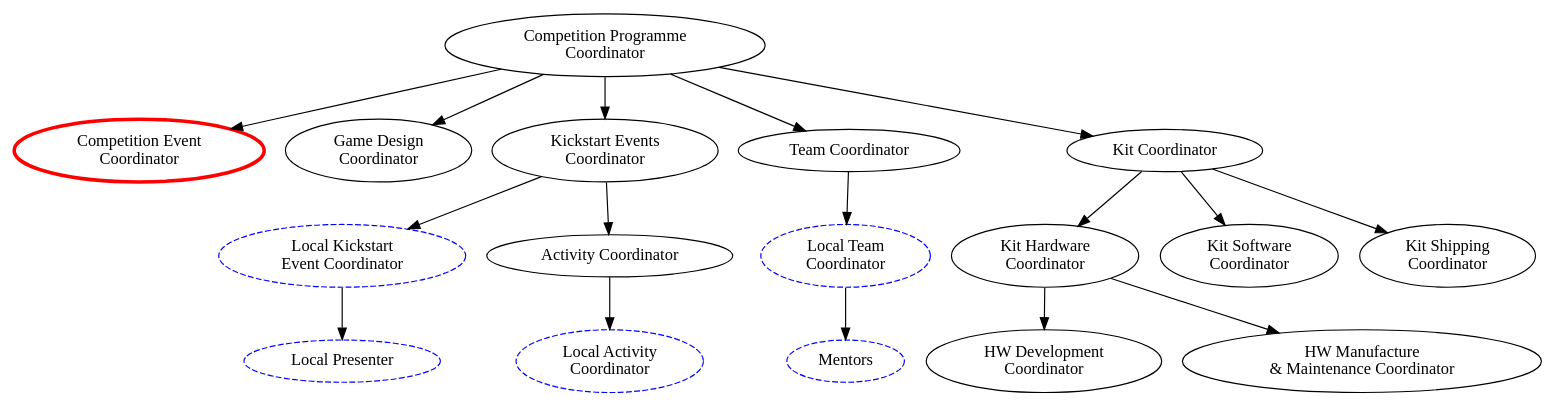
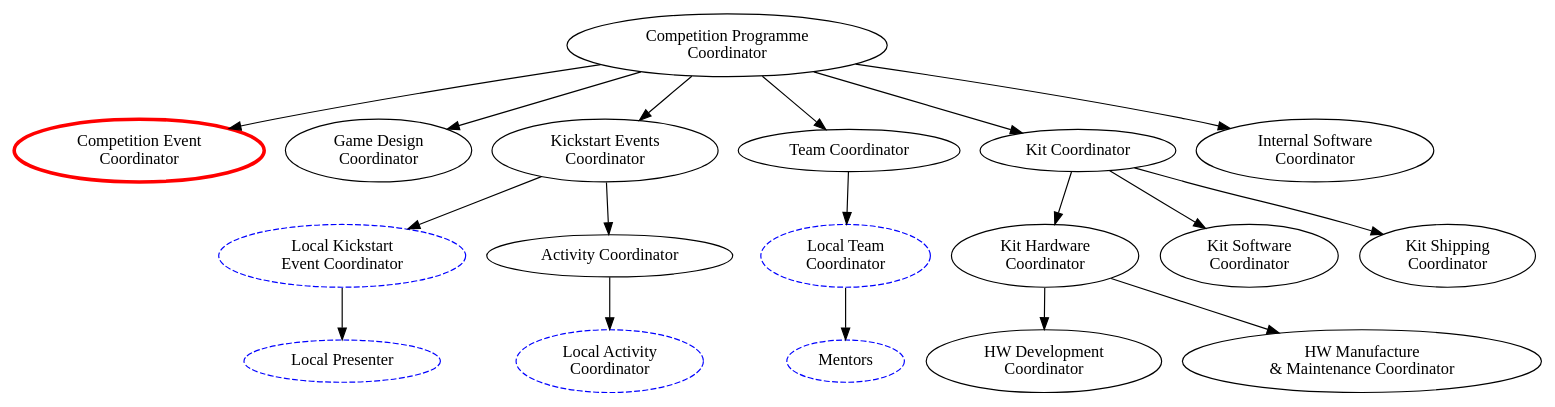
One commit to Adimote/legacy-ops-manual changed the diagram in org-chart/comp-prog.dot. Above: the diagram before and after it, drawn with Graphviz. The commit also changed 1 other file, not shown here.

Commit message:
Add Internal Software Coordinator
This person will manage internal software such as the
registration/ticketing system.

```diff
--- a/org-chart/comp-prog.dot
+++ b/org-chart/comp-prog.dot
@@ -1,50 +1,51 @@
 digraph {
 	####### Node declarations
 	comp_prog_coord [label="Competition Programme\nCoordinator" email="competition-program@studentrobotics.org"];
 	
 	# Competition Coordinator Subordinates
 	comp_event_coord [label="Competition Event\nCoordinator" color=red penwidth=3 rolesexclude=true]; // Email and tel defined in comp-event.dot
 	game_design_coord [label="Game Design\nCoordinator" email="game-design@studentrobotics.org"];
 	kickstart_event_coord [label="Kickstart Events\nCoordinator" email="kickstart@studentrobotics.org"];
 	team_coord [label="Team Coordinator" email="teams@studentrobotics.org"];
 	kit_coord [label="Kit Coordinator" email="kit@studentrobotics.org"];
+	internal_sw_coord [label="Internal Software\nCoordinator" email="internal-software@studentrobotics.org"];
 	
 	### Fourth Level
 	
 	# Kickstart Event Coordinator Subordinates
 	local_ks_event_coord[label="Local Kickstart\nEvent Coordinator" color=blue style=dashed contactsexclude=true];
 	activity_coord[label="Activity Coordinator" email="activity@studentrobotics.org"]
 
 	local_activity_coord[label="Local Activity\nCoordinator" color=blue style=dashed contactsexclude=true];
 	local_team_coord[label="Local Team\nCoordinator" color=blue style=dashed contactsexclude=true];
 
 	# Kit Coordinator Subordinates
 	kit_hw_coord[label="Kit Hardware\nCoordinator" email="kit-hardware@studentrobotics.org"];
 	kit_sw_coord[label="Kit Software\nCoordinator" email="kit-software@studentrobotics.org"];
 	kit_shipping_coord[label="Kit Shipping\nCoordinator" email="kit-shipping@studentrobotics.org"];
 
 	# Hardware Coordinator Subordinates
 	hw_dev_coord[label="HW Development\nCoordinator" contactsexclude=true];
 	hw_manu_coord[label="HW Manufacture\n& Maintenance Coordinator" contactsexclude=true];
 	
 	### Fifth Level
 	local_presenter[label="Local Presenter" color=blue style=dashed contactsexclude=true];
 	
 	mentors[label="Mentors" color=blue style=dashed contactsexclude=true];
 	
 	
 	###### Connections between nodes
 	
-	comp_prog_coord -> { comp_event_coord game_design_coord kickstart_event_coord team_coord kit_coord };
+	comp_prog_coord -> { comp_event_coord game_design_coord kickstart_event_coord team_coord kit_coord internal_sw_coord };
 	
 	kickstart_event_coord -> { local_ks_event_coord activity_coord };
 		
 	activity_coord -> local_activity_coord;
 	local_ks_event_coord -> { local_presenter };
 		
 	team_coord -> local_team_coord;
 	local_team_coord -> mentors;
 		
 	kit_coord -> { kit_hw_coord kit_sw_coord kit_shipping_coord};
 	kit_hw_coord -> { hw_dev_coord hw_manu_coord };
 }
```
